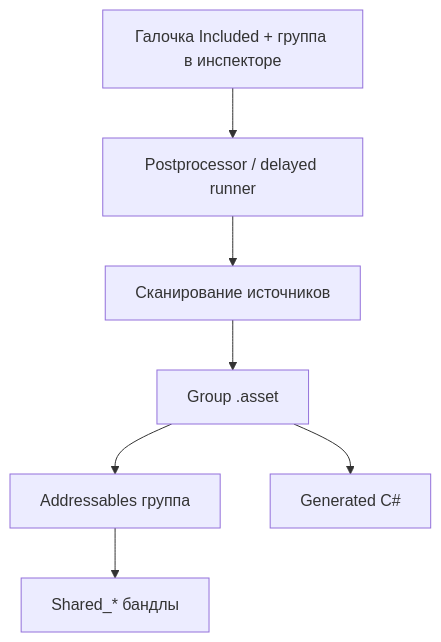
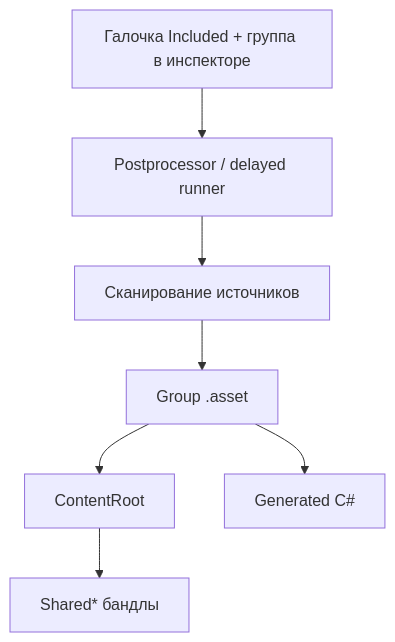
One commit to noncasted/mines-leader changed the second of 3 diagrams in docs/obsidian/architecture/client-dev-tools.md. Above: the diagram before and after it, drawn with Mermaid. The commit also changed other lines of this file and 5 other files, not shown here.

First line of the commit message:
[Docs] Stack of the README and architecture docs match Unity 7000, own SRP and ContentBundle

````diff
--- a/docs/obsidian/architecture/client-dev-tools.md
+++ b/docs/obsidian/architecture/client-dev-tools.md
@@ -144,10 +146,10 @@
 ```mermaid
 flowchart TD
     Mark[Галочка Included + группа в инспекторе]
     Mark --> PP[Postprocessor / delayed runner]
     PP --> Collect[Сканирование источников]
     Collect --> Groups[Group .asset]
-    Groups --> Addr[Addressables группа]
+    Groups --> Root[ContentRoot]
     Groups --> CS[Generated C#]
-    Addr --> Shared[Shared_* бандлы]
+    Root --> Shared[Shared* бандлы]
 ```
````
